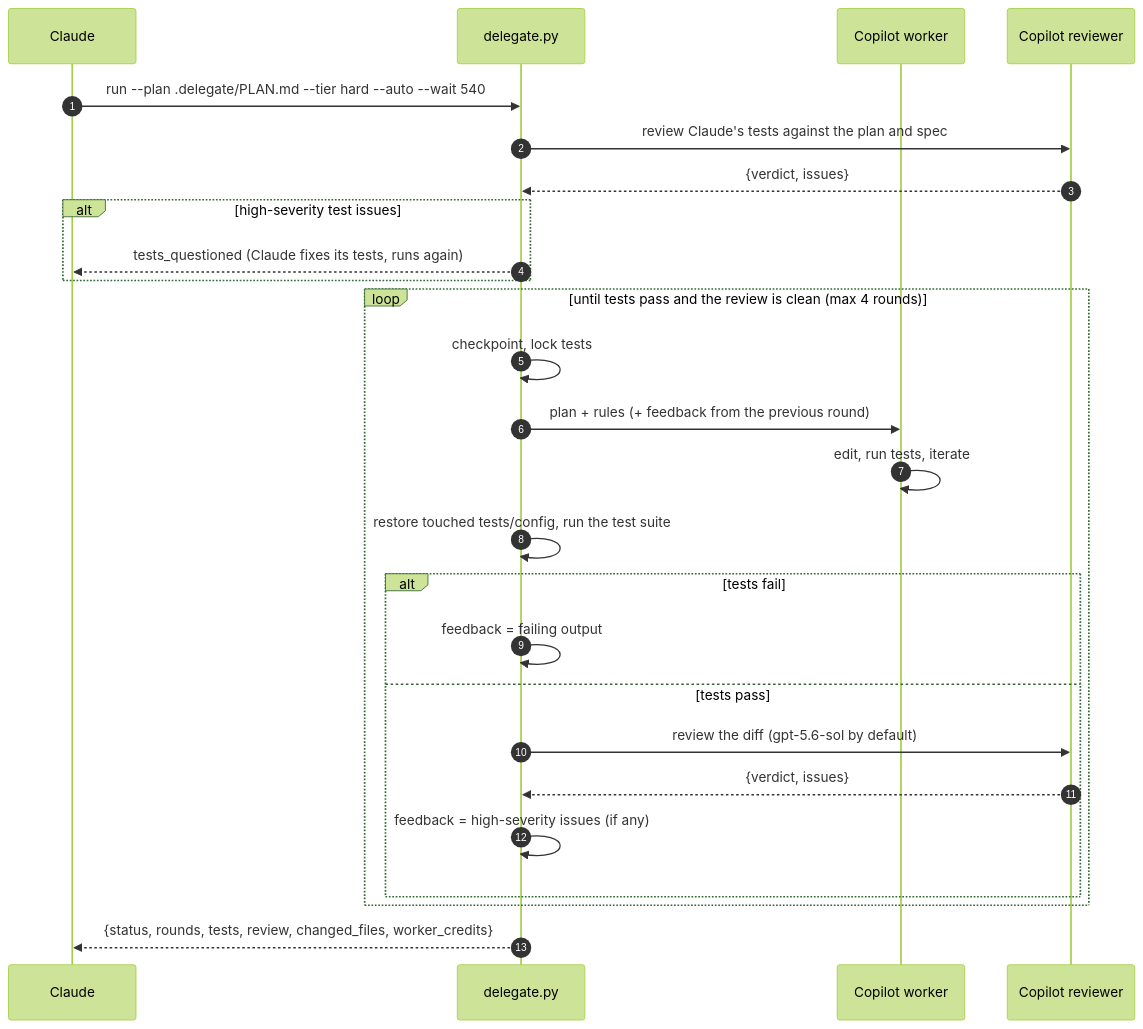
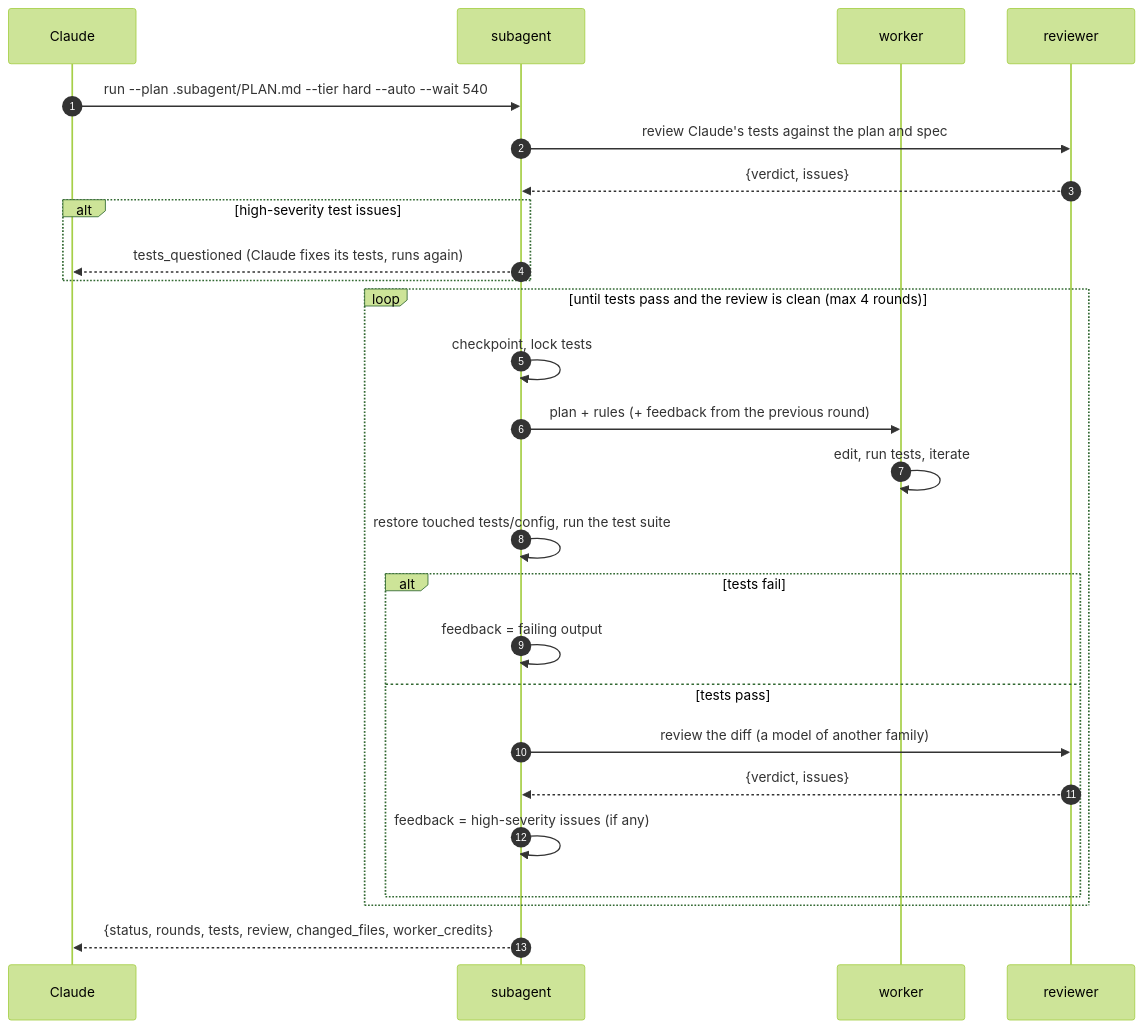
One commit to gaztrabisme/claude-subagent-delegation changed the second of 3 diagrams in README.md. Above: the diagram before and after it, drawn with Mermaid (forest theme). The commit also changed other lines of this file and 5 other files, not shown here.

````diff
--- a/README.md
+++ b/README.md
@@ -98,29 +134,29 @@
 ```mermaid
 sequenceDiagram
     autonumber
     participant C as Claude
-    participant R as delegate.py
-    participant W as Copilot worker
-    participant V as Copilot reviewer
+    participant R as subagent
+    participant W as worker
+    participant V as reviewer
 
-    C->>R: run --plan .delegate/PLAN.md --tier hard --auto --wait 540
+    C->>R: run --plan .subagent/PLAN.md --tier hard --auto --wait 540
     R->>V: review Claude's tests against the plan and spec
     V-->>R: {verdict, issues}
     alt high-severity test issues
         R-->>C: tests_questioned (Claude fixes its tests, runs again)
     end
     loop until tests pass and the review is clean (max 4 rounds)
         R->>R: checkpoint, lock tests
         R->>W: plan + rules (+ feedback from the previous round)
         W->>W: edit, run tests, iterate
         R->>R: restore touched tests/config, run the test suite
         alt tests fail
             R->>R: feedback = failing output
         else tests pass
-            R->>V: review the diff (gpt-5.6-sol by default)
+            R->>V: review the diff (a model of another family)
             V-->>R: {verdict, issues}
             R->>R: feedback = high-severity issues (if any)
         end
     end
     R-->>C: {status, rounds, tests, review, changed_files, worker_credits}
 ```
````
